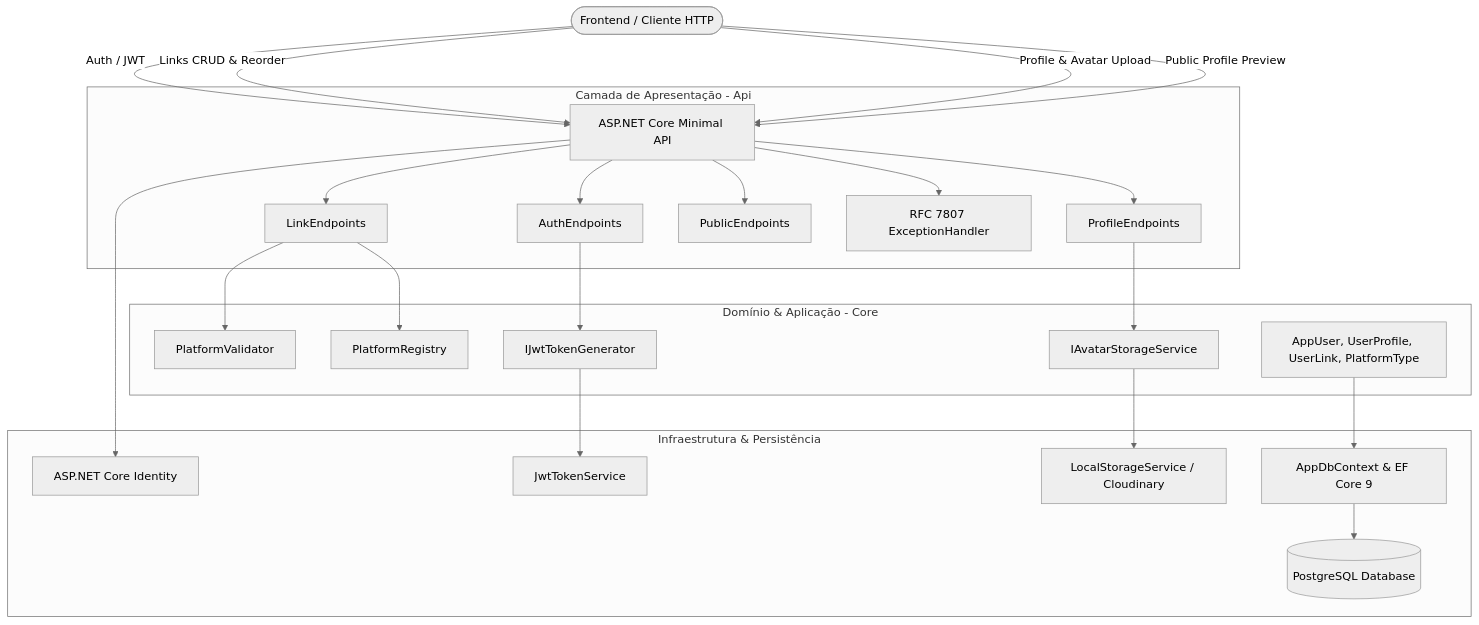
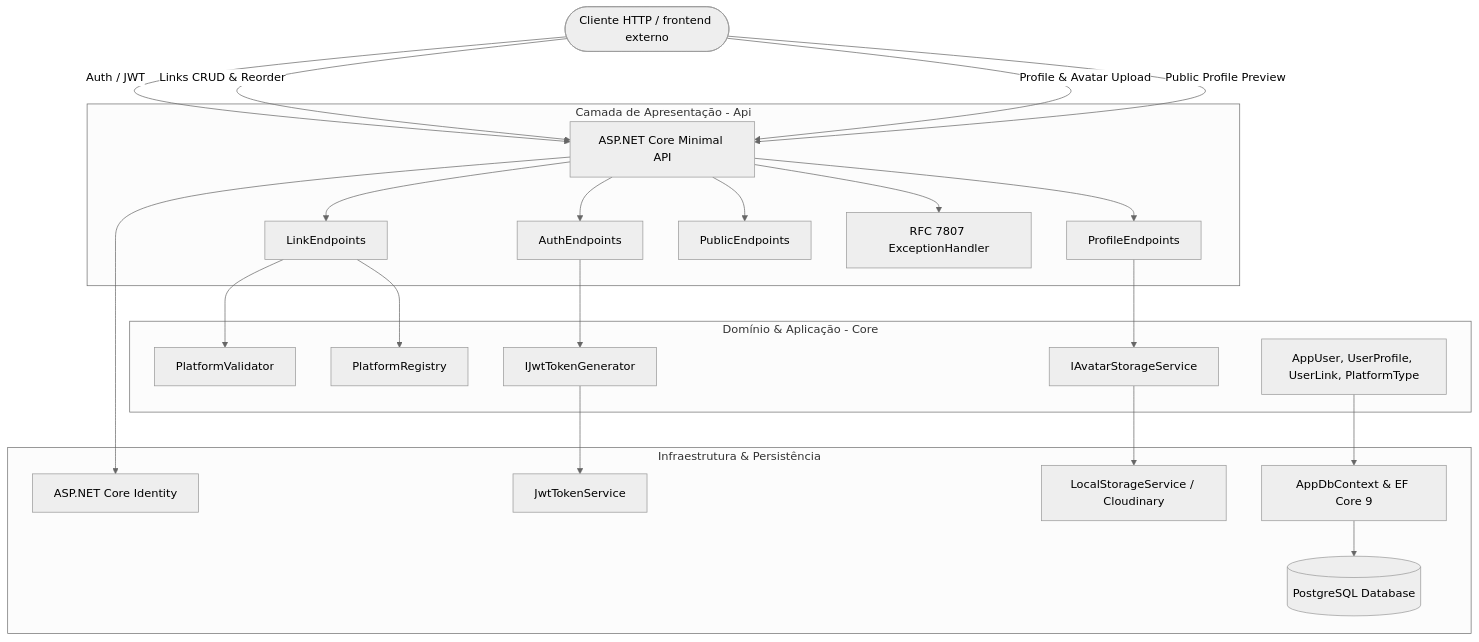
One commit to ManoloPina/DevLinks changed the first of 2 diagrams in docs/03-arquitetura-e-design-tecnico.md. Above: the diagram before and after it, drawn with Mermaid (neutral theme). The commit also changed other lines of this file and 7 other files, not shown here.

````diff
--- a/docs/03-arquitetura-e-design-tecnico.md
+++ b/docs/03-arquitetura-e-design-tecnico.md
@@ -9,31 +9,31 @@
 ```mermaid
 graph TD
-    Client([Frontend / Cliente HTTP]) -->|Auth / JWT| API[ASP.NET Core Minimal API]
+    Client([Cliente HTTP / frontend externo]) -->|Auth / JWT| API[ASP.NET Core Minimal API]
     Client -->|Links CRUD & Reorder| API
     Client -->|Profile & Avatar Upload| API
     Client -->|Public Profile Preview| API
 
     subgraph Presentation [Camada de Apresentação - Api]
         API --> AuthEndpoints[AuthEndpoints]
         API --> LinkEndpoints[LinkEndpoints]
         API --> ProfileEndpoints[ProfileEndpoints]
         API --> PublicEndpoints[PublicEndpoints]
         API --> ExceptionHandler[RFC 7807 ExceptionHandler]
     end
 
     subgraph Core [Domínio & Aplicação - Core]
         LinkEndpoints --> PlatformValidator[PlatformValidator]
         LinkEndpoints --> PlatformRegistry[PlatformRegistry]
         ProfileEndpoints --> StorageInterface[IAvatarStorageService]
         AuthEndpoints --> JwtInterface[IJwtTokenGenerator]
         CoreEntities[AppUser, UserProfile, UserLink, PlatformType]
     end
 
     subgraph Infrastructure [Infraestrutura & Persistência]
         API --> Identity[ASP.NET Core Identity]
         JwtInterface --> JwtService[JwtTokenService]
         StorageInterface --> LocalFileStorage[LocalStorageService / Cloudinary]
         CoreEntities --> AppDbContext[AppDbContext & EF Core 9]
         AppDbContext --> PostgreSQL[(PostgreSQL Database)]
     end
 ```
````
